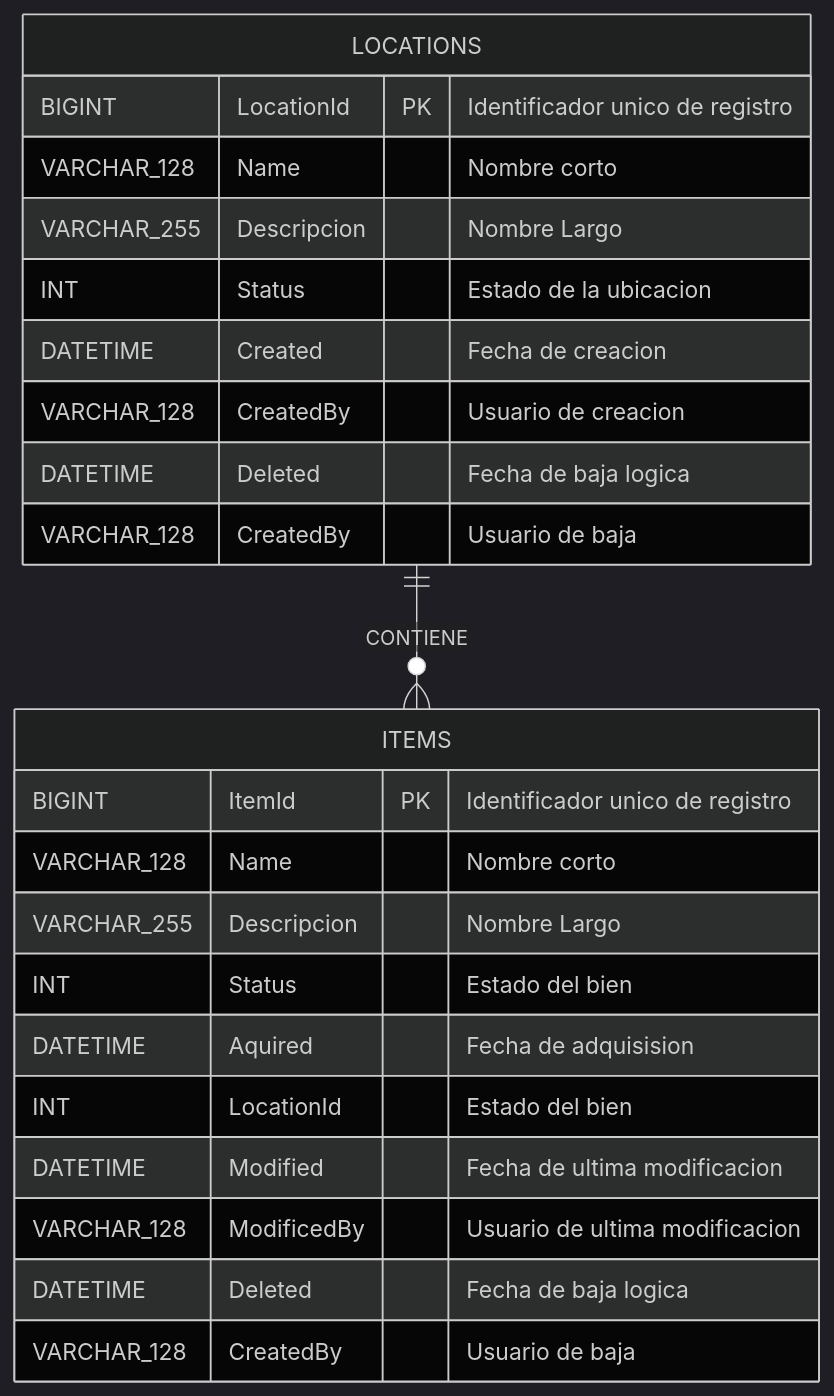
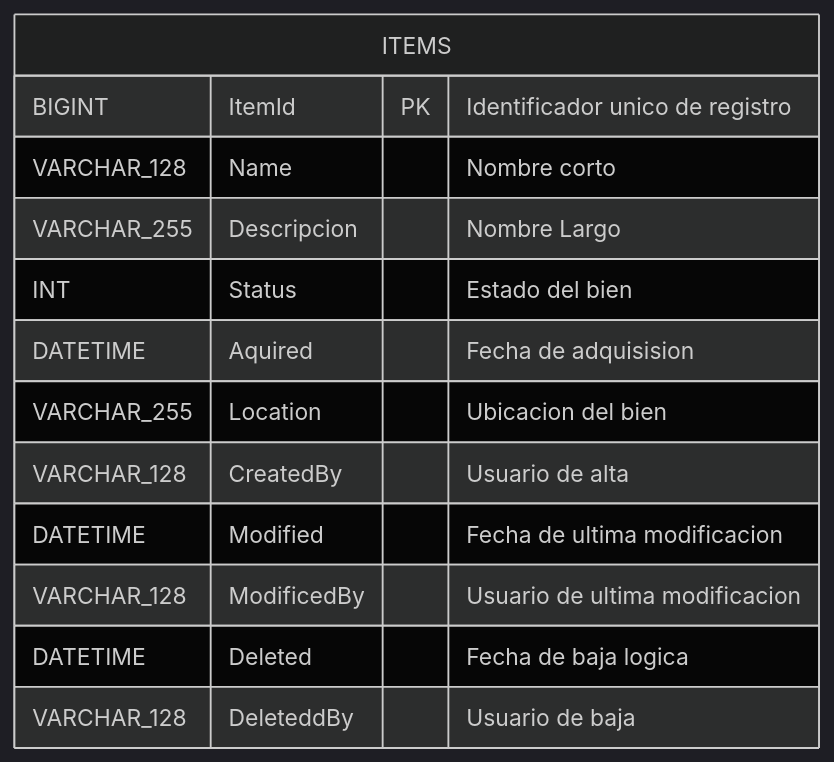
One commit to SebaBranda/ArqEjInventario changed the second of 3 diagrams in README.md. Above: the diagram before and after it, drawn with Mermaid (dark theme). The commit also changed other lines of this file and 2 other files, not shown here.

````diff
--- a/README.md
+++ b/README.md
@@ -141,26 +151,16 @@
 ```mermaid
 erDiagram
-    LOCATIONS ||--o{ ITEMS: "CONTIENE"
     ITEMS{
         BIGINT ItemId PK "Identificador unico de registro"
         VARCHAR_128 Name "Nombre corto"
         VARCHAR_255 Descripcion "Nombre Largo"
         INT Status "Estado del bien"
         DATETIME Aquired "Fecha de adquisision"
-        INT LocationId "Estado del bien"
+        VARCHAR_255 Location "Ubicacion del bien"
+        VARCHAR_128 CreatedBy "Usuario de alta"
         DATETIME Modified "Fecha de ultima modificacion"
         VARCHAR_128 ModificedBy "Usuario de ultima modificacion"
         DATETIME Deleted "Fecha de baja logica"
-        VARCHAR_128 CreatedBy "Usuario de baja"
-    }
-    LOCATIONS{
-        BIGINT LocationId PK "Identificador unico de registro"
-        VARCHAR_128 Name "Nombre corto"
-        VARCHAR_255 Descripcion "Nombre Largo"
-        INT Status "Estado de la ubicacion"
-        DATETIME Created "Fecha de creacion"
-        VARCHAR_128 CreatedBy "Usuario de creacion"
-        DATETIME Deleted "Fecha de baja logica"
-        VARCHAR_128 CreatedBy "Usuario de baja"
+        VARCHAR_128 DeleteddBy "Usuario de baja"
     }
 ```
````
